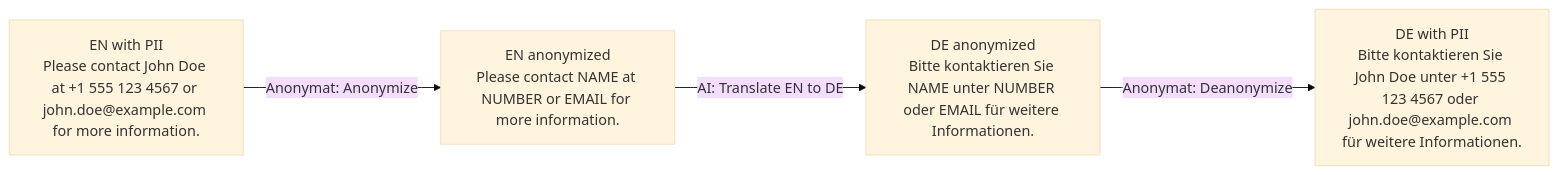
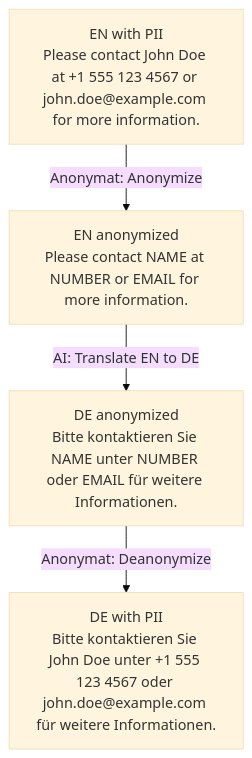
Before and after one commit to Uli-Z/Anonymat: the diagram in README.md, drawn with Mermaid (base theme).

Commit message:
Switch Mermaid flowchart to vertical layout

````diff
--- a/README.md
+++ b/README.md
@@ -15,11 +15,11 @@
 ```mermaid
-flowchart LR
+flowchart TB
   A["EN with PII<br/>Please contact John Doe at +1 555 123 4567 or john.doe@example.com for more information."]
   B["EN anonymized<br/>Please contact NAME at NUMBER or EMAIL for more information."]
   C["DE anonymized<br/>Bitte kontaktieren Sie NAME unter NUMBER oder EMAIL für weitere Informationen."]
   D["DE with PII<br/>Bitte kontaktieren Sie John Doe unter +1 555 123 4567 oder john.doe@example.com für weitere Informationen."]
 
   A -->|Anonymat: Anonymize| B
   B -->|AI: Translate EN to DE| C
   C -->|Anonymat: Deanonymize| D
 ```
````
